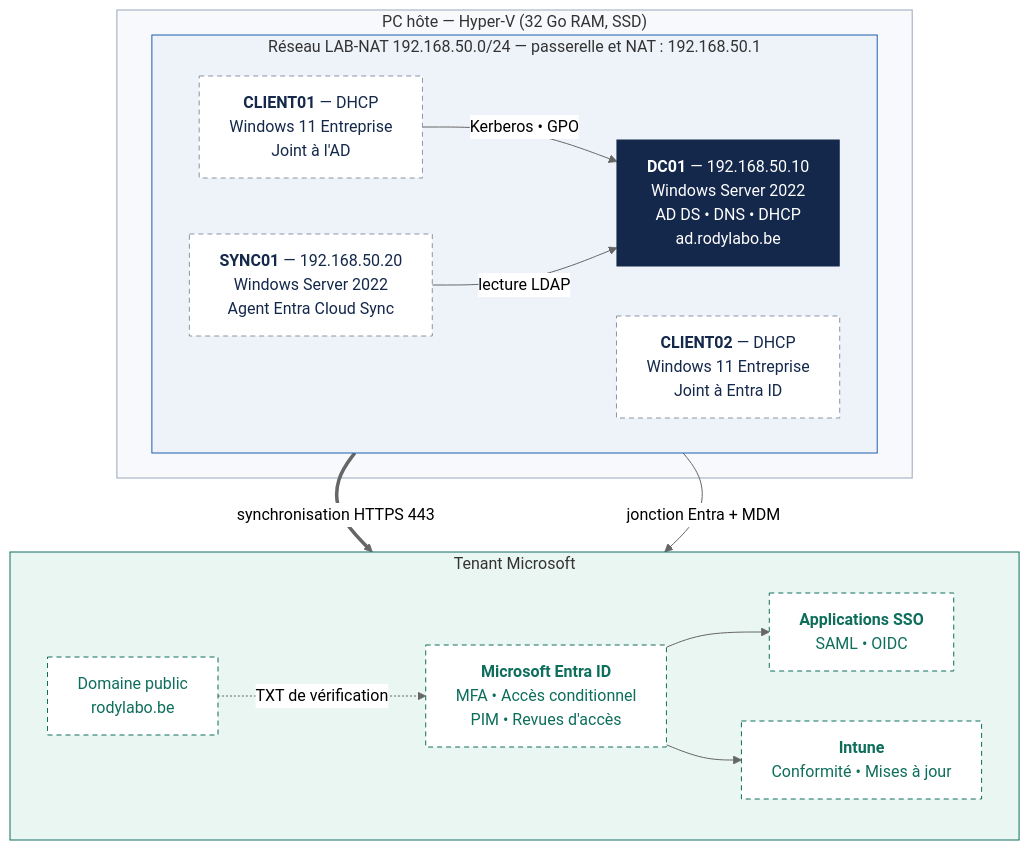
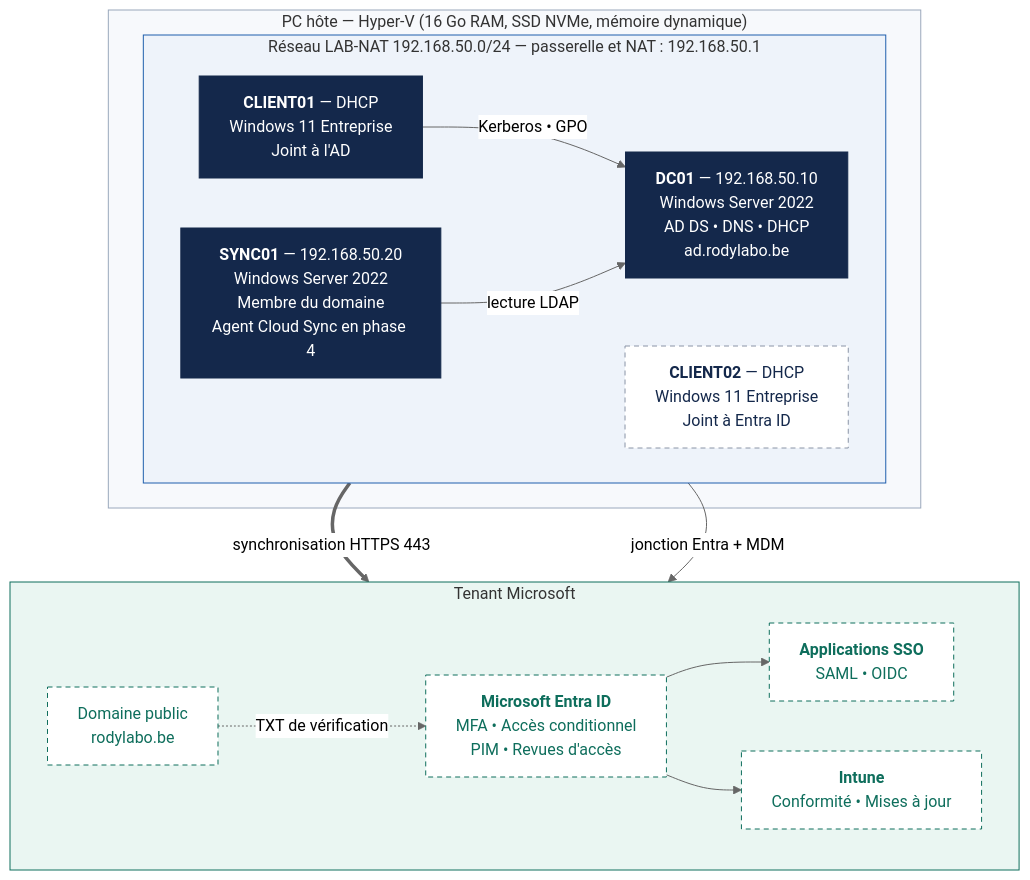
One commit to rodyherman/iam-hybrid-lab changed the first of 3 diagrams in docs/00-architecture.md. Above: the diagram before and after it, drawn with Mermaid (neutral theme). The commit also changed other lines of this file and 4 other files, not shown here.

Commit message:
Documentation : journal de bord, page de depannage, architecture a jour

````diff
--- a/docs/00-architecture.md
+++ b/docs/00-architecture.md
@@ -10,36 +10,36 @@
 ```mermaid
 flowchart TB
-  subgraph HOST["PC hôte — Hyper-V (32 Go RAM, SSD)"]
+  subgraph HOST["PC hôte — Hyper-V (16 Go RAM, SSD NVMe, mémoire dynamique)"]
     subgraph NET["Réseau LAB-NAT 192.168.50.0/24 — passerelle et NAT : 192.168.50.1"]
       direction LR
       CLIENT01["<b>CLIENT01</b> — DHCP<br/>Windows 11 Entreprise<br/>Joint à l'AD"]
       DC01["<b>DC01</b> — 192.168.50.10<br/>Windows Server 2022<br/>AD DS • DNS • DHCP<br/>ad.rodylabo.be"]
-      SYNC01["<b>SYNC01</b> — 192.168.50.20<br/>Windows Server 2022<br/>Agent Entra Cloud Sync"]
+      SYNC01["<b>SYNC01</b> — 192.168.50.20<br/>Windows Server 2022<br/>Membre du domaine<br/>Agent Cloud Sync en phase 4"]
       CLIENT02["<b>CLIENT02</b> — DHCP<br/>Windows 11 Entreprise<br/>Joint à Entra ID"]
       CLIENT01 -- "Kerberos • GPO" --> DC01
       SYNC01 -- "lecture LDAP" --> DC01
     end
   end
   subgraph CLOUD["Tenant Microsoft"]
     direction LR
     DNSPUB["Domaine public<br/>rodylabo.be"]
     ENTRA["<b>Microsoft Entra ID</b><br/>MFA • Accès conditionnel<br/>PIM • Revues d'accès"]
     INTUNE["<b>Intune</b><br/>Conformité • Mises à jour"]
     APPS["<b>Applications SSO</b><br/>SAML • OIDC"]
     DNSPUB -. "TXT de vérification" .-> ENTRA
     ENTRA --> APPS
     ENTRA --> INTUNE
   end
   SYNC01 == "synchronisation HTTPS 443" ==> ENTRA
   CLIENT02 -- "jonction Entra + MDM" --> INTUNE
 
   classDef done fill:#14284B,stroke:#14284B,color:#ffffff
   classDef todo fill:#ffffff,stroke:#8a94a6,color:#14284B,stroke-dasharray: 5 4
   classDef cloud fill:#ffffff,stroke:#0E6E5C,color:#0E6E5C,stroke-dasharray: 5 4
-  class DC01 done
-  class SYNC01,CLIENT01,CLIENT02 todo
+  class DC01,SYNC01,CLIENT01 done
+  class CLIENT02 todo
   class ENTRA,INTUNE,APPS,DNSPUB cloud
   style HOST fill:#F7F9FC,stroke:#9AA8BC
   style NET fill:#EEF3FA,stroke:#1F5FAD
   style CLOUD fill:#EAF6F2,stroke:#0E6E5C
 ```
````
